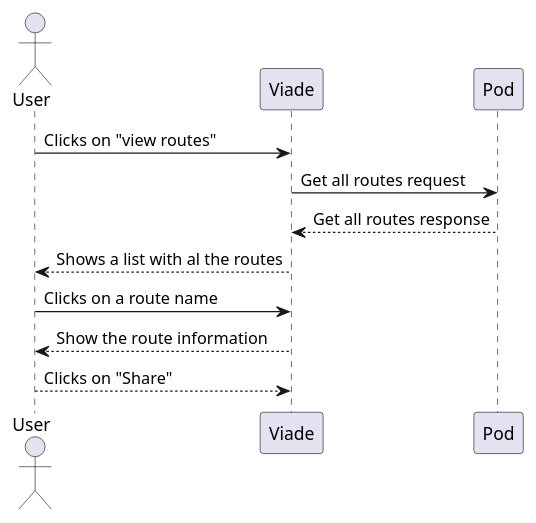
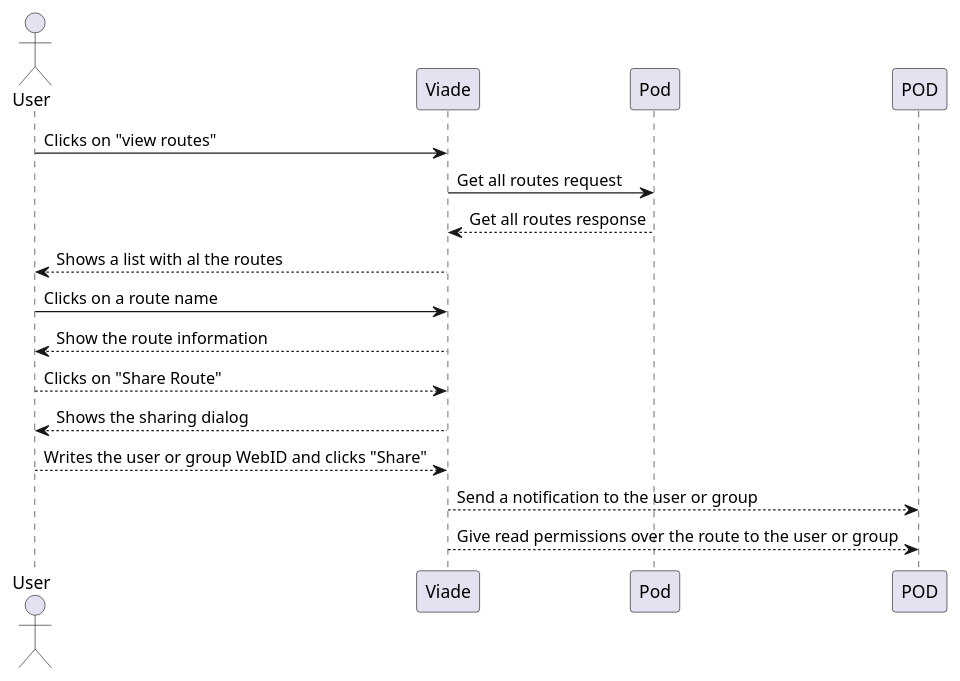
Before and after one commit to sarav22/viade_en2a: the fifth of 5 diagrams in src/docs/06_runtime_view.adoc, drawn with PlantUML. The commit also changed other lines of this file, not shown here.

Commit message:
Updated route sharing documentation

```diff
--- a/src/docs/06_runtime_view.adoc
+++ b/src/docs/06_runtime_view.adoc
@@ -77,11 +77,15 @@
 [plantuml, "shareRouteWithFriendSequence", png]
 ----
 actor User
 User -> Viade: Clicks on "view routes"
 Viade -> Pod: Get all routes request
 Pod --> Viade: Get all routes response
 Viade --> User: Shows a list with al the routes
 User ->  Viade: Clicks on a route name
 Viade --> User: Show the route information
-User --> Viade: Clicks on "Share"
+User --> Viade: Clicks on "Share Route"
+Viade --> User: Shows the sharing dialog
+User --> Viade: Writes the user or group WebID and clicks "Share"
+Viade --> POD: Send a notification to the user or group
+Viade --> POD: Give read permissions over the route to the user or group
 ----
```
